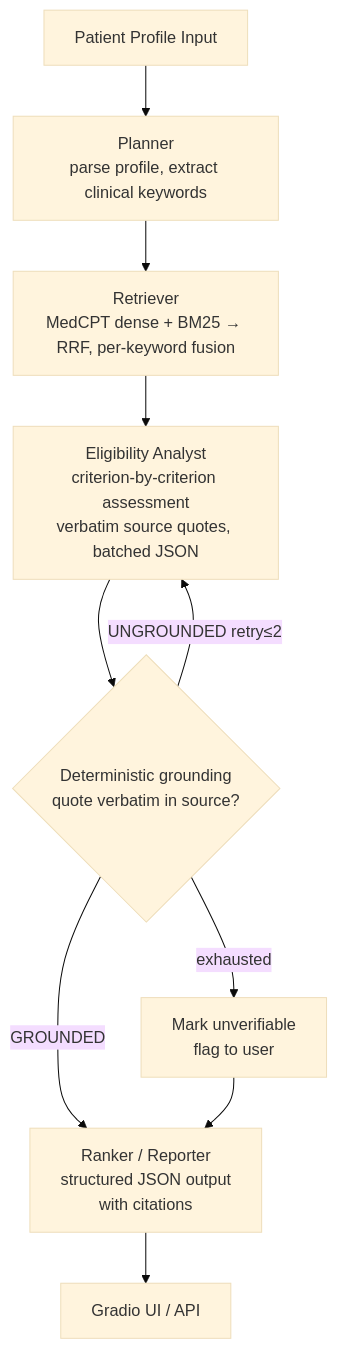
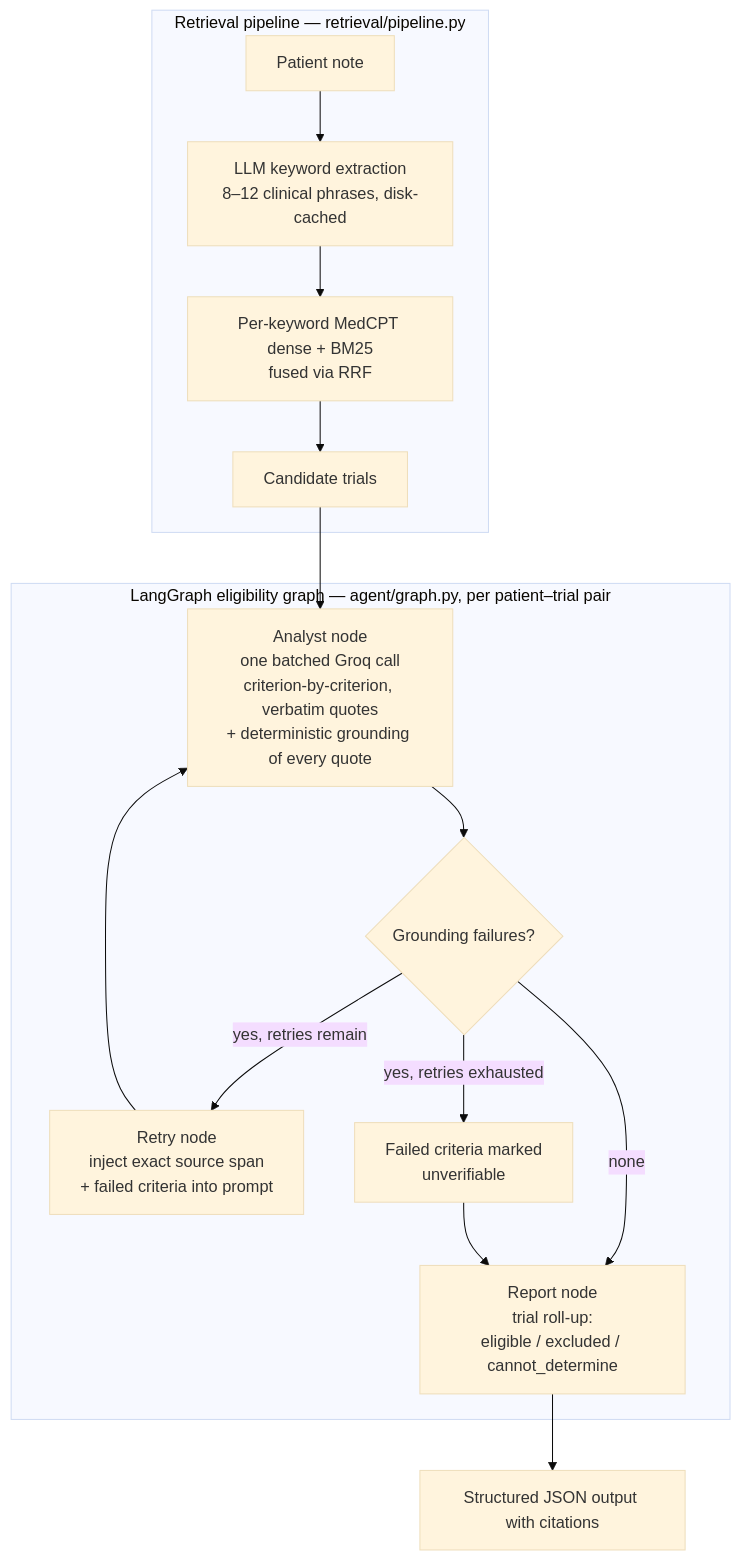
One commit to sidharthsudhi1/TrialGuard changed the diagram in README.md. Above: the diagram before and after it, drawn with Mermaid (base theme). The commit also changed other lines of this file, not shown here.

Commit message:
docs: rewrite architecture diagram to match code, mark Phase 4 done
Diagram now reflects the real structure: retrieval is a standalone pipeline
(retrieval/pipeline.py), not a graph node, and the LangGraph graph runs once per
patient-trial pair with nodes analyst/retry/report. Shows deterministic grounding
inside the analyst node and the retrieval-aware retry injecting the exact source
span. Phase 4 status flipped to done with measured headline.

````diff
--- a/README.md
+++ b/README.md
@@ -23,12 +27,18 @@
 ```mermaid
 flowchart TD
-    A[Patient Profile Input] --> B[Planner\nparse profile, extract clinical keywords]
-    B --> C[Retriever\nMedCPT dense + BM25 → RRF, per-keyword fusion]
-    C --> D[Eligibility Analyst\ncriterion-by-criterion assessment\nverbatim source quotes, batched JSON]
-    D --> E{Deterministic grounding\nquote verbatim in source?}
-    E -- GROUNDED --> F[Ranker / Reporter\nstructured JSON output\nwith citations]
-    E -- UNGROUNDED retry≤2 --> D
-    E -- exhausted --> G[Mark unverifiable\nflag to user]
-    G --> F
-    F --> H[Gradio UI / API]
+    subgraph RP [Retrieval pipeline — retrieval/pipeline.py]
+        A[Patient note] --> B[LLM keyword extraction\n8–12 clinical phrases, disk-cached]
+        B --> C[Per-keyword MedCPT dense + BM25\nfused via RRF]
+        C --> D[Candidate trials]
+    end
+    subgraph EG [LangGraph eligibility graph — agent/graph.py, per patient–trial pair]
+        D --> E[Analyst node\none batched Groq call\ncriterion-by-criterion, verbatim quotes\n+ deterministic grounding of every quote]
+        E --> F{Grounding failures?}
+        F -- none --> G[Report node\ntrial roll-up:\neligible / excluded / cannot_determine]
+        F -- yes, retries remain --> H[Retry node\ninject exact source span\n+ failed criteria into prompt]
+        H --> E
+        F -- "yes, retries exhausted" --> I[Failed criteria marked\nunverifiable]
+        I --> G
+    end
+    G --> J[Structured JSON output with citations]
 ```
````
